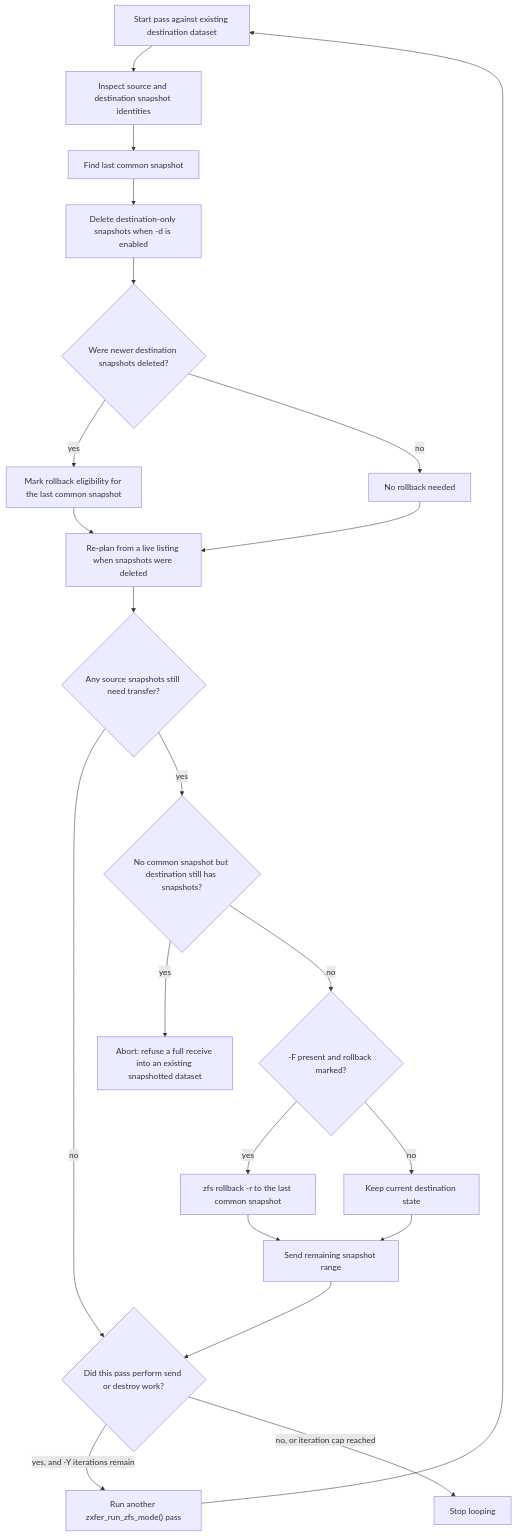
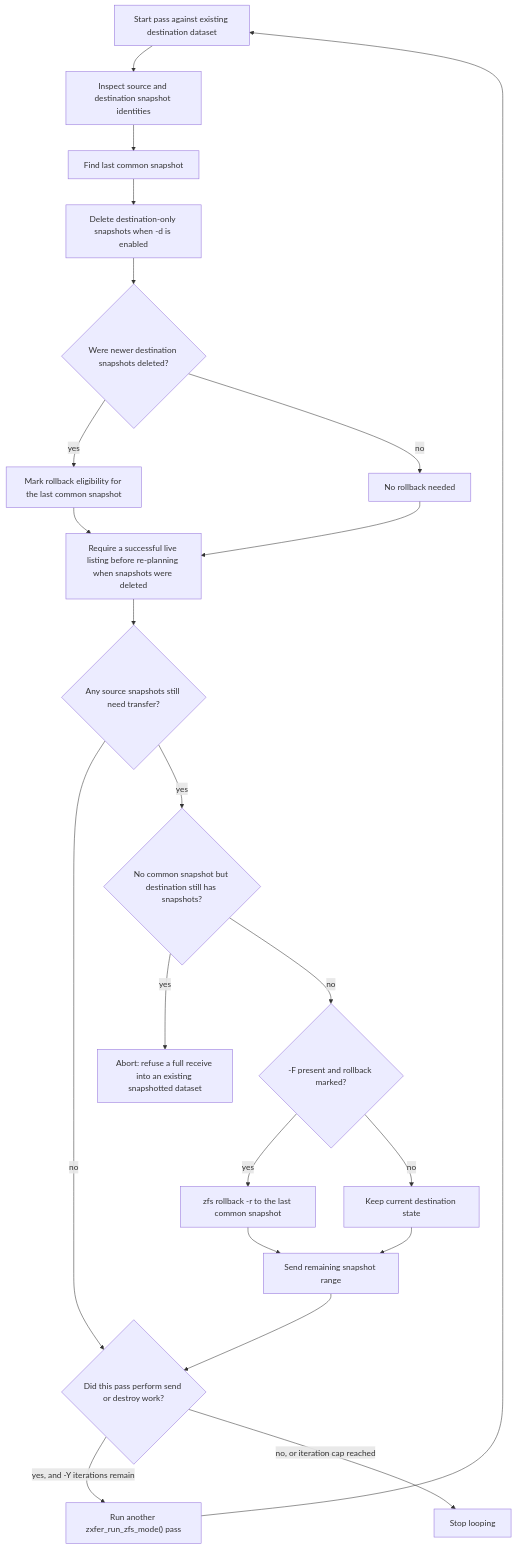
Before and after one commit to totalAldo/zxfer: the fifth of 7 diagrams in docs/architecture.md, drawn with Mermaid. The commit also changed other lines of this file and 78 other files, not shown here.

````diff
--- a/docs/architecture.md
+++ b/docs/architecture.md
@@ -850,24 +970,24 @@
 ```mermaid
 flowchart TD
     A["Start pass against existing destination dataset"] --> B["Inspect source and destination snapshot identities"]
     B --> C["Find last common snapshot"]
     C --> D["Delete destination-only snapshots when -d is enabled"]
     D --> E{"Were newer destination snapshots deleted?"}
     E -->|yes| F["Mark rollback eligibility for the last common snapshot"]
     E -->|no| G["No rollback needed"]
-    F --> H["Re-plan from a live listing when snapshots were deleted"]
+    F --> H["Require a successful live listing before re-planning when snapshots were deleted"]
     G --> H
     H --> I{"Any source snapshots still need transfer?"}
     I -->|no| O{"Did this pass perform send or destroy work?"}
     I -->|yes| J{"No common snapshot but destination still has snapshots?"}
     J -->|yes| K["Abort: refuse a full receive into an existing snapshotted dataset"]
     J -->|no| L{"-F present and rollback marked?"}
     L -->|yes| M["zfs rollback -r to the last common snapshot"]
     L -->|no| N["Keep current destination state"]
     M --> P["Send remaining snapshot range"]
     N --> P
     P --> O
     O -->|yes, and -Y iterations remain| Q["Run another zxfer_run_zfs_mode() pass"]
     Q --> A
     O -->|no, or iteration cap reached| R["Stop looping"]
 ```
````
